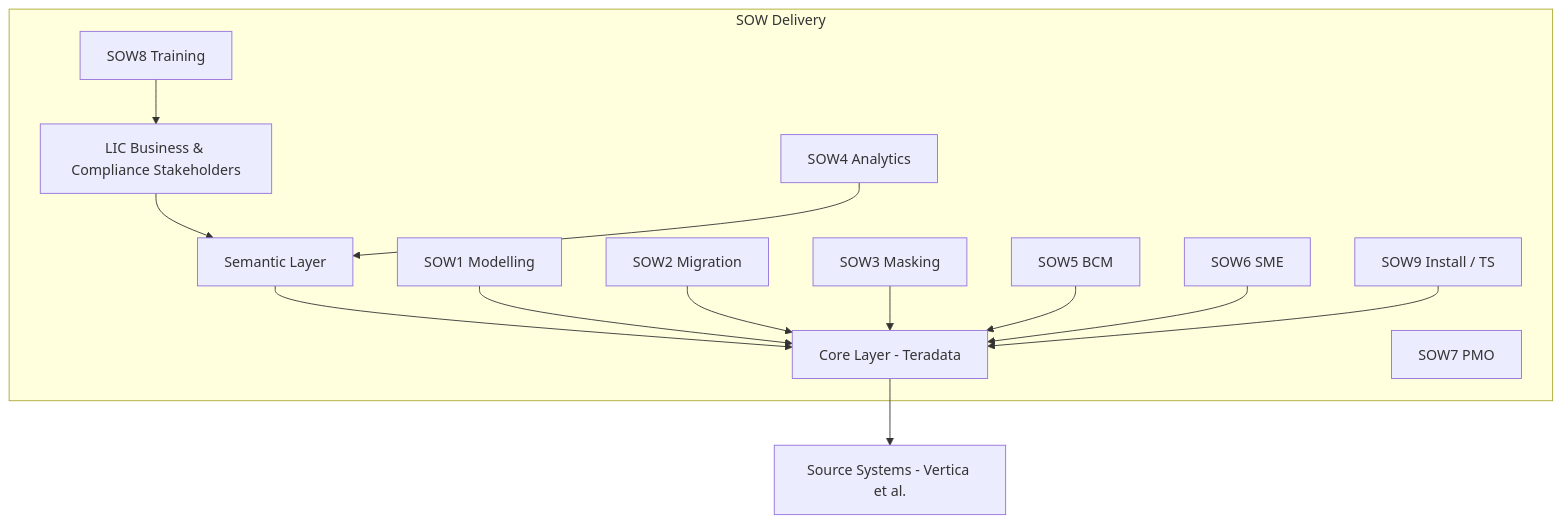
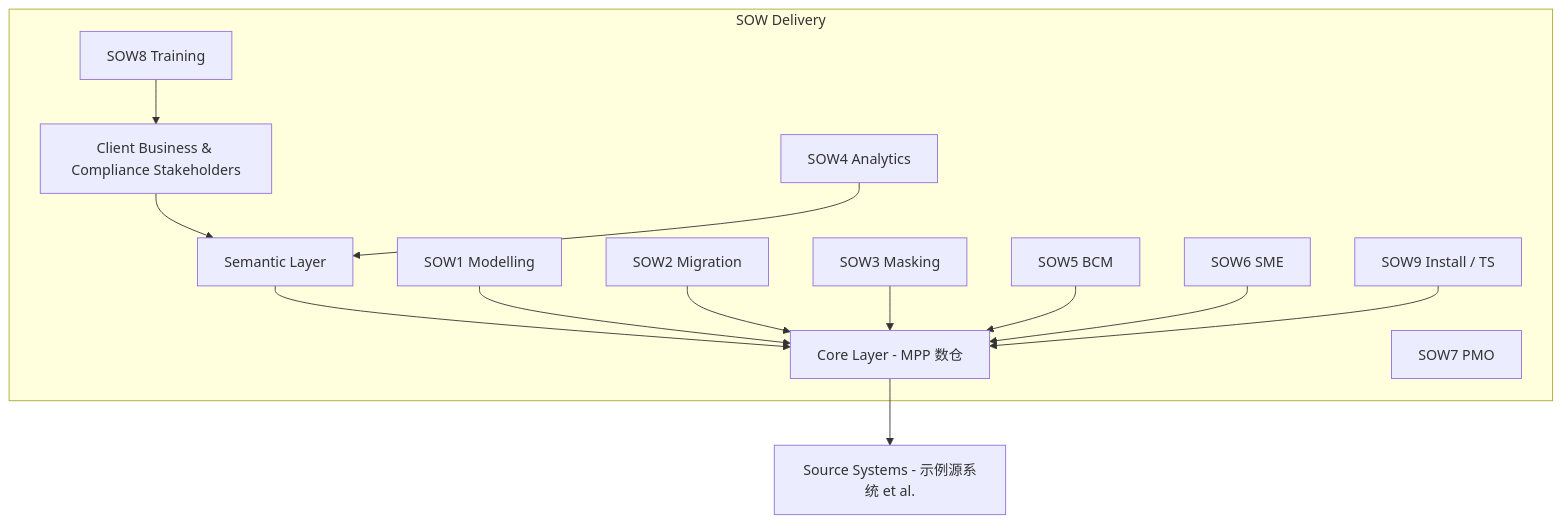
The first of 2 diagrams in templates/program/program_charter.md (slearnAI/pm-master), drawn with Mermaid before and after one commit. The commit also changed other lines of this file and 9 other files, not shown here.

````diff
--- a/templates/program/program_charter.md
+++ b/templates/program/program_charter.md
@@ -17,17 +17,17 @@
 ```mermaid
 graph TD
-  LIC[LIC Business & Compliance Stakeholders] --> SEM[Semantic Layer]
-  SEM --> CORE[Core Layer - Teradata]
-  CORE --> SRC[Source Systems - Vertica et al.]
+  CLIENT[Client Business & Compliance Stakeholders] --> SEM[Semantic Layer]
+  SEM --> CORE[Core Layer - MPP 数仓]
+  CORE --> SRC[Source Systems - 示例源系统 et al.]
   subgraph DELIVERY[SOW Delivery]
     S1[SOW1 Modelling] --> CORE
     S2[SOW2 Migration] --> CORE
     S3[SOW3 Masking] --> CORE
     S4[SOW4 Analytics] --> SEM
     S5[SOW5 BCM] --> CORE
     S6[SOW6 SME] --> CORE
     S9[SOW9 Install / TS] --> CORE
-    S8[SOW8 Training] --> LIC
+    S8[SOW8 Training] --> CLIENT
     S7[SOW7 PMO]
   end
 ```
````
